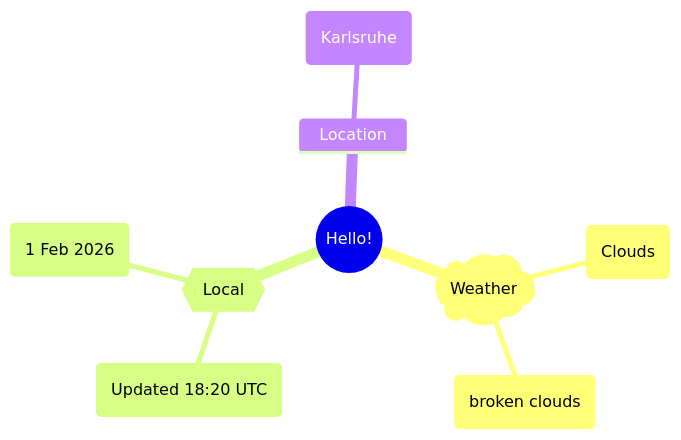
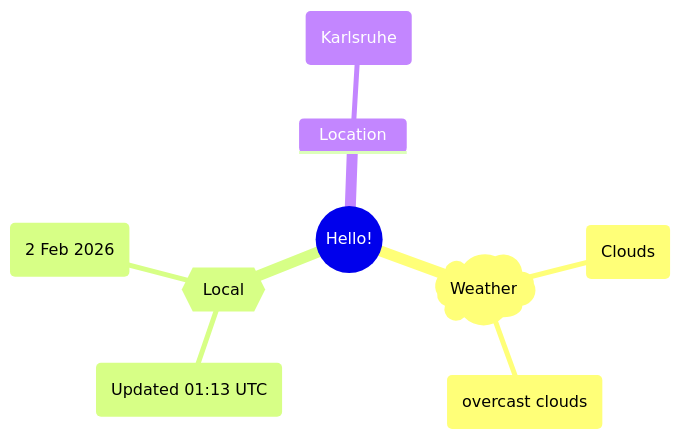
The first of 2 diagrams in README.md (Xosrov/Xosrov), drawn with Mermaid before and after one commit.

Commit message:
[bot] updated images

````diff
--- a/README.md
+++ b/README.md
@@ -3,12 +3,12 @@
 ```mermaid
 mindmap
   root((Hello!))
     )Weather(
         (Clouds)
-        (broken clouds)
+        (overcast clouds)
     {{Local}}
-        (Updated 18:20 UTC)
-        (1 Feb 2026)
+        (Updated 01:13 UTC)
+        (2 Feb 2026)
     Location
         (Karlsruhe)
 ```
````
